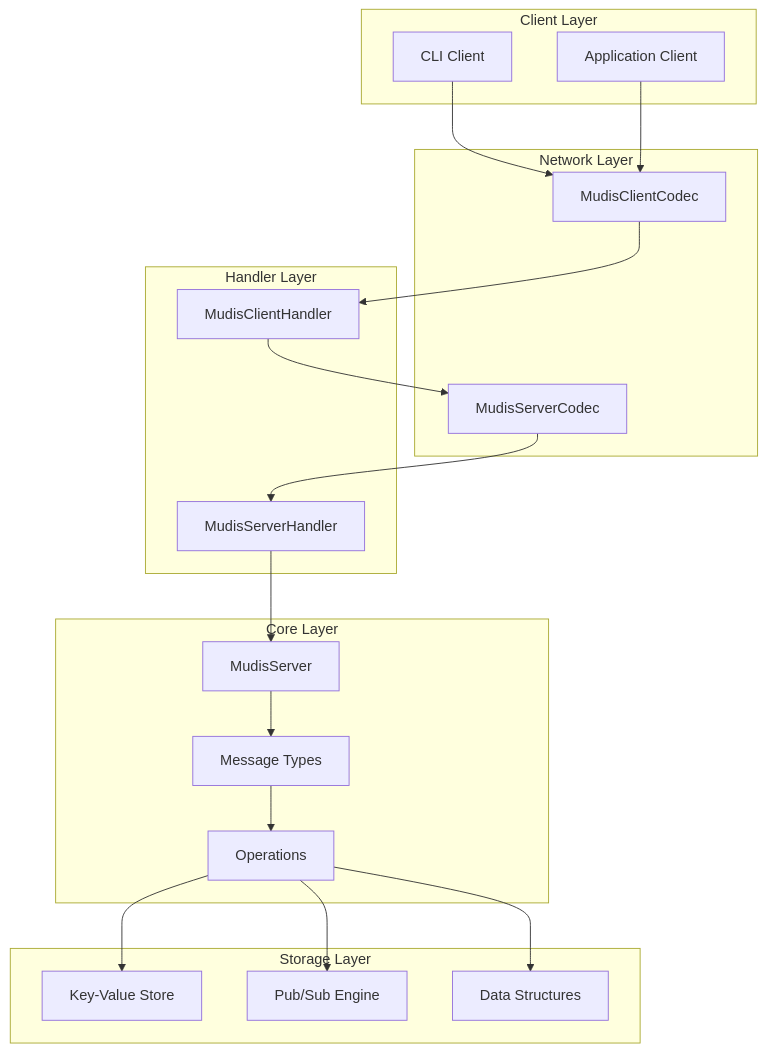
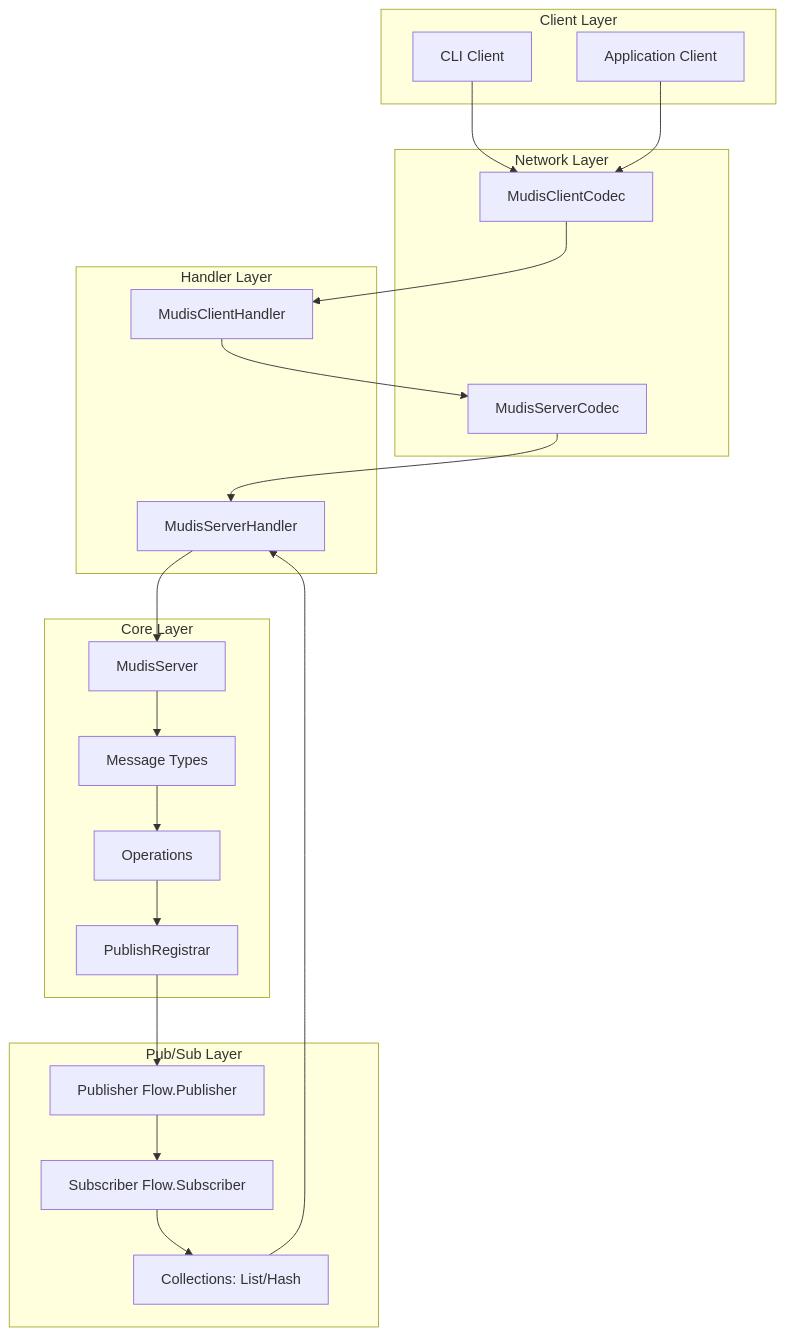
One commit to gchape/mudis changed the first of 3 diagrams in README.md. Above: the diagram before and after it, drawn with Mermaid. The commit also changed other lines of this file, not shown here.

First line of the commit message:
docs: update README for Flow API and subscriber-based data structures

````diff
--- a/README.md
+++ b/README.md
@@ -9,41 +9,44 @@
 ```mermaid
 graph TB
     subgraph "Client Layer"
         CLI[CLI Client]
         APP[Application Client]
     end
     
     subgraph "Network Layer"
         CC[MudisClientCodec]
         SC[MudisServerCodec]
     end
     
     subgraph "Handler Layer"
         CH[MudisClientHandler]
         SH[MudisServerHandler]
     end
     
     subgraph "Core Layer"
         SERVER[MudisServer]
         MSG[Message Types]
         OPS[Operations]
+        REG[PublishRegistrar]
     end
     
-    subgraph "Storage Layer"
-        KV[Key-Value Store]
-        PS[Pub/Sub Engine]
-        DS[Data Structures]
+    subgraph "Pub/Sub Layer"
+        PUB[Publisher Flow.Publisher]
+        SUB[Subscriber Flow.Subscriber]
+        COLL[Collections: List/Hash]
     end
     
     CLI --> CC
     APP --> CC
     CC --> CH
     CH --> SC
     SC --> SH
     SH --> SERVER
     SERVER --> MSG
     MSG --> OPS
-    OPS --> KV
-    OPS --> PS
-    OPS --> DS
+    OPS --> REG
+    REG --> PUB
+    PUB --> SUB
+    SUB --> COLL
+    COLL --> SH
 ```
````
